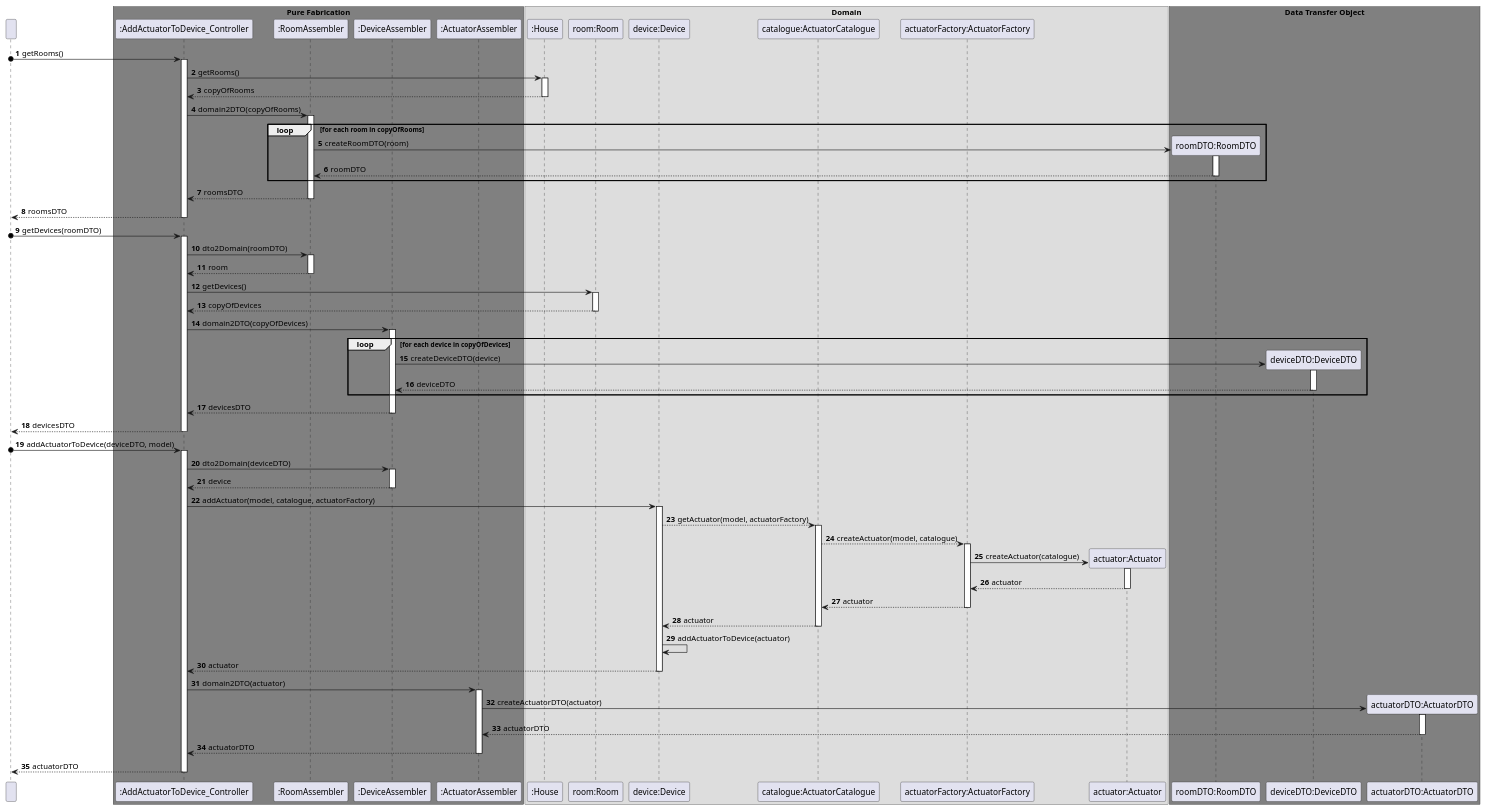
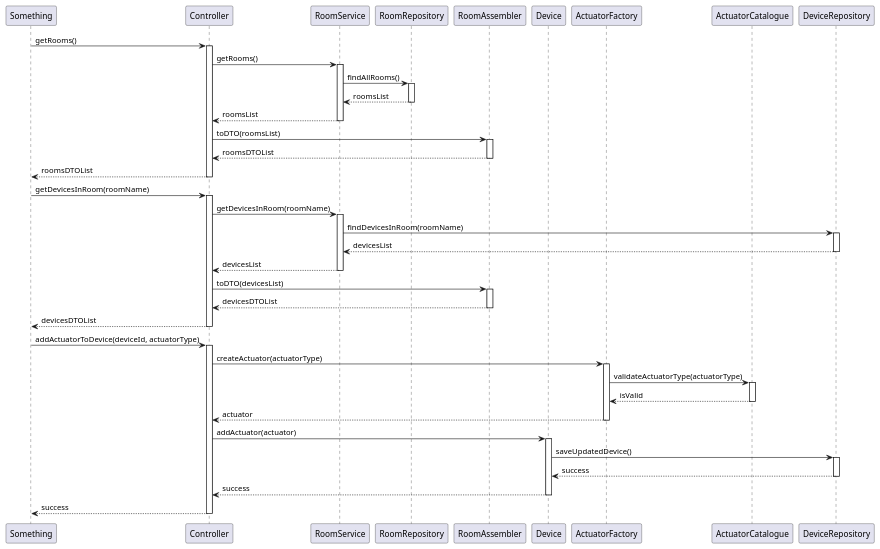
The diagram in docs/userStories/us012/01.requirements-engineering/diagrams/SD.puml (olivDiogo/SmartHome), drawn with PlantUML before and after one commit.

Commit message:
#121 sequence diagram us012 - WIP

```diff
--- a/docs/userStories/us012/01.requirements-engineering/diagrams/SD.puml
+++ b/docs/userStories/us012/01.requirements-engineering/diagrams/SD.puml
@@ -1,196 +1,68 @@
 @startuml
-'https://plantuml.com/sequence-diagram
+!pragma layout smetana
+participant "Something" as Client
+participant "Controller" as Controller
+participant "RoomService" as RoomService
+participant "RoomRepository" as RoomRepo
+participant "RoomAssembler" as RoomAssembler
+participant "Device" as Device
+participant "ActuatorFactory" as ActuatorFactory
+participant "ActuatorCatalogue" as ActuatorCatalogue
+participant "DeviceRepository" as DeviceRepo
 
-participant " " as User
-box "Pure Fabrication" #grey
+Client -> Controller : getRooms()
+activate Controller
+Controller -> RoomService : getRooms()
+activate RoomService
+RoomService -> RoomRepo : findAllRooms()
+activate RoomRepo
+RoomRepo --> RoomService : roomsList
+deactivate RoomRepo
+RoomService --> Controller : roomsList
+deactivate RoomService
+Controller -> RoomAssembler : toDTO(roomsList)
+activate RoomAssembler
+RoomAssembler --> Controller : roomsDTOList
+deactivate RoomAssembler
+Controller --> Client : roomsDTOList
+deactivate Controller
 
-participant ":AddActuatorToDevice_Controller" as AddActuatorToDevice_Controller
+Client -> Controller : getDevicesInRoom(roomName)
+activate Controller
+Controller -> RoomService : getDevicesInRoom(roomName)
+activate RoomService
+RoomService -> DeviceRepo : findDevicesInRoom(roomName)
+activate DeviceRepo
+DeviceRepo --> RoomService : devicesList
+deactivate DeviceRepo
+RoomService --> Controller : devicesList
+deactivate RoomService
+Controller -> RoomAssembler : toDTO(devicesList)
+activate RoomAssembler
+RoomAssembler --> Controller : devicesDTOList
+deactivate RoomAssembler
+Controller --> Client : devicesDTOList
+deactivate Controller
 
-participant ":RoomAssembler" as RoomAssembler
-
-participant ":DeviceAssembler" as DeviceAssembler
-
-participant ":ActuatorAssembler" as ActuatorAssembler
-
-end box
-
-box "Domain"
-
-participant ":House" as House
-
-participant "room:Room" as Room
-
-participant "device:Device" as Device
-
-participant "catalogue:ActuatorCatalogue" as CatalogueActuator
-
-participant "actuatorFactory:ActuatorFactory" as ActuatorFactory
-
-participant "actuator:Actuator" as Actuator
-
-end box
-
-box "Data Transfer Object" #grey
-
-participant "roomDTO:RoomDTO" as RoomDTO
-
-participant "deviceDTO:DeviceDTO" as DeviceDTO
-
-participant "actuatorDTO:ActuatorDTO" as ActuatorDTO
-
-end box
-
-autonumber
-
-'----------------------------------------------------'
-
-User o-> AddActuatorToDevice_Controller: getRooms()
-
-activate AddActuatorToDevice_Controller
-
-AddActuatorToDevice_Controller -> House: getRooms()
-
-activate House
-
-House --> AddActuatorToDevice_Controller: copyOfRooms
-
-deactivate House
-
-AddActuatorToDevice_Controller -> RoomAssembler: domain2DTO(copyOfRooms)
-
-activate RoomAssembler
-
-loop for each room in copyOfRooms
-
-create RoomDTO
-    RoomAssembler -> RoomDTO: createRoomDTO(room)
-    activate RoomDTO
-    RoomDTO --> RoomAssembler: roomDTO
-    deactivate RoomDTO
-end
-
-RoomAssembler --> AddActuatorToDevice_Controller: roomsDTO
-
-deactivate RoomAssembler
-
-AddActuatorToDevice_Controller --> User: roomsDTO
-
-deactivate AddActuatorToDevice_Controller
-
-'----------------------------------------------------'
-
-User o-> AddActuatorToDevice_Controller: getDevices(roomDTO)
-
-activate AddActuatorToDevice_Controller
-
-AddActuatorToDevice_Controller -> RoomAssembler: dto2Domain(roomDTO)
-
-activate RoomAssembler
-
-RoomAssembler --> AddActuatorToDevice_Controller: room
-
-deactivate RoomAssembler
-
-AddActuatorToDevice_Controller -> Room: getDevices()
-
-activate Room
-
-Room --> AddActuatorToDevice_Controller: copyOfDevices
-
-deactivate Room
-
-AddActuatorToDevice_Controller -> DeviceAssembler: domain2DTO(copyOfDevices)
-
-activate DeviceAssembler
-
-loop for each device in copyOfDevices
-
-create DeviceDTO
-    DeviceAssembler -> DeviceDTO: createDeviceDTO(device)
-    activate DeviceDTO
-    DeviceDTO --> DeviceAssembler: deviceDTO
-    deactivate DeviceDTO
-end
-
-DeviceAssembler --> AddActuatorToDevice_Controller: devicesDTO
-
-deactivate DeviceAssembler
-
-AddActuatorToDevice_Controller --> User: devicesDTO
-
-deactivate AddActuatorToDevice_Controller
-
-'----------------------------------------------------'
-
-User o-> AddActuatorToDevice_Controller: addActuatorToDevice(deviceDTO, model)
-
-activate AddActuatorToDevice_Controller
-
-AddActuatorToDevice_Controller -> DeviceAssembler: dto2Domain(deviceDTO)
-
-activate DeviceAssembler
-
-DeviceAssembler --> AddActuatorToDevice_Controller: device
-
-deactivate DeviceAssembler
-
-AddActuatorToDevice_Controller -> Device: addActuator(model, catalogue, actuatorFactory)
-
-activate Device
-
-Device --> CatalogueActuator: getActuator(model, actuatorFactory)
-
-activate CatalogueActuator
-
-CatalogueActuator --> ActuatorFactory: createActuator(model, catalogue)
-
+Client -> Controller : addActuatorToDevice(deviceId, actuatorType)
+activate Controller
+Controller -> ActuatorFactory : createActuator(actuatorType)
 activate ActuatorFactory
-
-create Actuator
-
-ActuatorFactory -> Actuator: createActuator(catalogue)
-
-activate Actuator
-
-Actuator --> ActuatorFactory: actuator
-
-deactivate Actuator
-
-ActuatorFactory --> CatalogueActuator: actuator
-
+ActuatorFactory -> ActuatorCatalogue : validateActuatorType(actuatorType)
+activate ActuatorCatalogue
+ActuatorCatalogue --> ActuatorFactory : isValid
+deactivate ActuatorCatalogue
+ActuatorFactory --> Controller : actuator
 deactivate ActuatorFactory
 
-CatalogueActuator --> Device: actuator
-
-deactivate CatalogueActuator
-
-Device -> Device: addActuatorToDevice(actuator)
-
-Device --> AddActuatorToDevice_Controller: actuator
-
+Controller -> Device : addActuator(actuator)
+activate Device
+Device -> DeviceRepo : saveUpdatedDevice()
+activate DeviceRepo
+DeviceRepo --> Device : success
+deactivate DeviceRepo
+Device --> Controller : success
 deactivate Device
-
-AddActuatorToDevice_Controller -> ActuatorAssembler: domain2DTO(actuator)
-
-activate ActuatorAssembler
-
-create ActuatorDTO
-
-ActuatorAssembler -> ActuatorDTO: createActuatorDTO(actuator)
-
-activate ActuatorDTO
-
-ActuatorDTO --> ActuatorAssembler: actuatorDTO
-
-deactivate ActuatorDTO
-
-ActuatorAssembler --> AddActuatorToDevice_Controller: actuatorDTO
-
-deactivate ActuatorAssembler
-
-AddActuatorToDevice_Controller --> User: actuatorDTO
-
-deactivate AddActuatorToDevice_Controller
-
-
+Controller --> Client : success
+deactivate Controller
 @enduml
```
